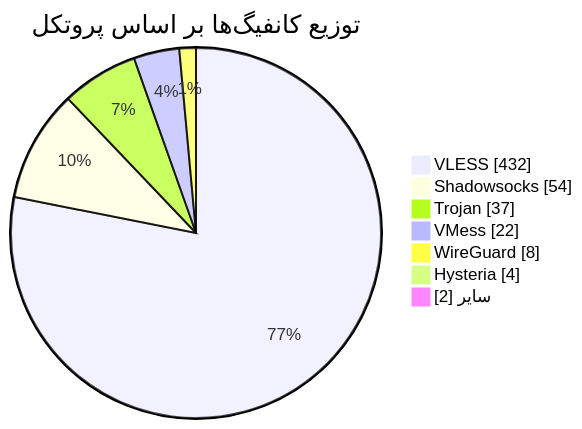
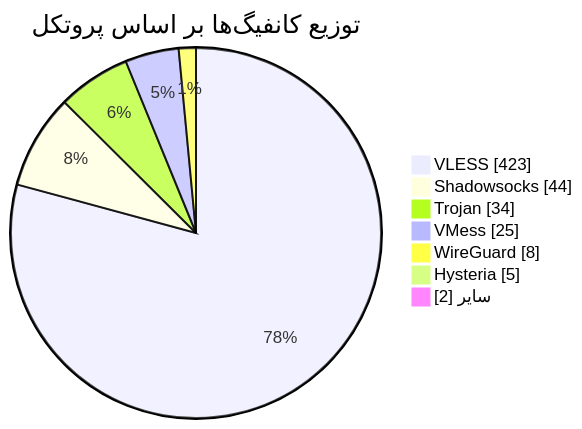
The diagram in README.md (Arian-Alijani/Somthing), drawn with Mermaid before and after one commit. The commit also changed other lines of this file and 87 other files, not shown here.

````diff
--- a/README.md
+++ b/README.md
@@ -49,11 +49,11 @@
 ```mermaid
 pie showData
     title توزیع کانفیگ‌ها بر اساس پروتکل
-    "VLESS" : 432
-    "Shadowsocks" : 54
-    "Trojan" : 37
-    "VMess" : 22
+    "VLESS" : 423
+    "Shadowsocks" : 44
+    "Trojan" : 34
+    "VMess" : 25
     "WireGuard" : 8
-    "Hysteria" : 4
+    "Hysteria" : 5
     "سایر" : 2
 ```
````
